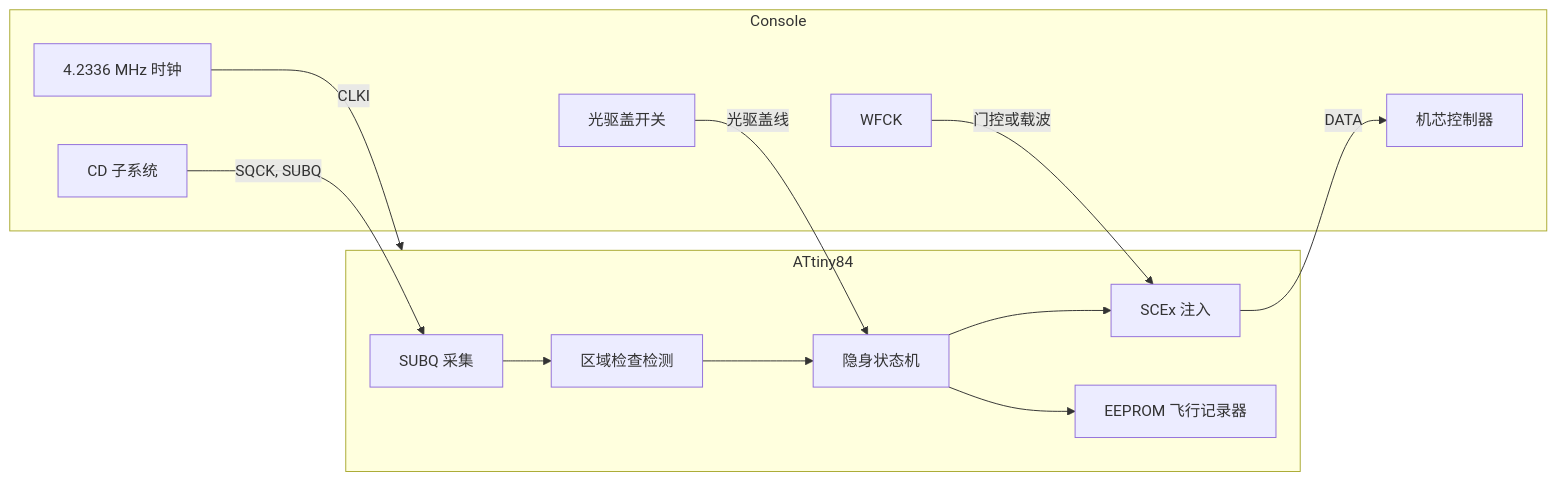
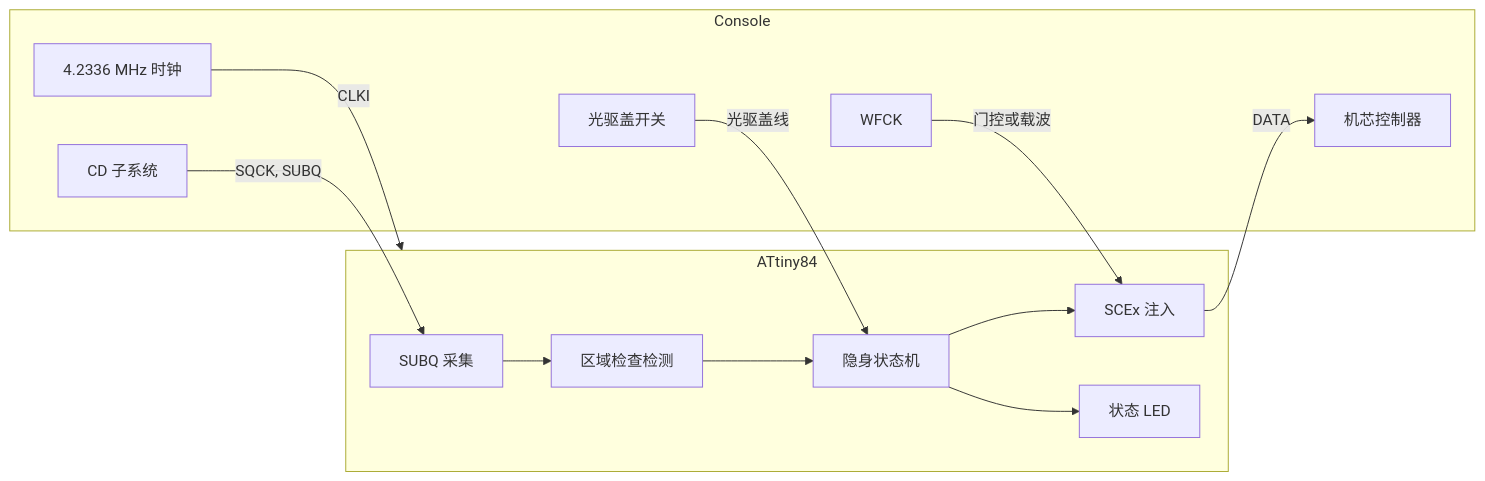
The diagram in README.zh.md (gufranco/openscex-modchip), drawn with Mermaid before and after one commit. The commit also changed other lines of this file and 2 other files, not shown here.

First line of the commit message:
docs: status led section, part and codes

````diff
--- a/README.zh.md
+++ b/README.zh.md
@@ -46,24 +46,24 @@
 ```mermaid
 graph LR
     subgraph Console
         CD[CD 子系统]
         CLK[4.2336 MHz 时钟]
         LID[光驱盖开关]
         WF[WFCK]
         MECH[机芯控制器]
     end
     subgraph ATtiny84
         CAP[SUBQ 采集]
         DET[区域检查检测]
         ST[隐身状态机]
         INJ[SCEx 注入]
-        REC[EEPROM 飞行记录器]
+        LED[状态 LED]
     end
     CD -->|SQCK, SUBQ| CAP
     CAP --> DET --> ST --> INJ
-    ST --> REC
+    ST --> LED
     LID -->|光驱盖线| ST
     WF -->|门控或载波| INJ
     CLK -->|CLKI| ATtiny84
     INJ -->|DATA| MECH
 ```
````
